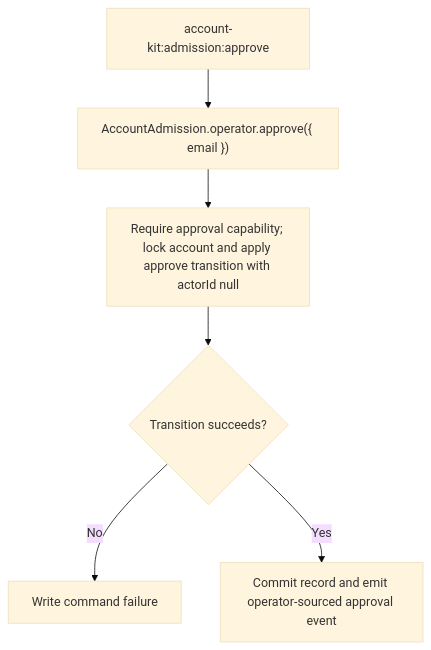
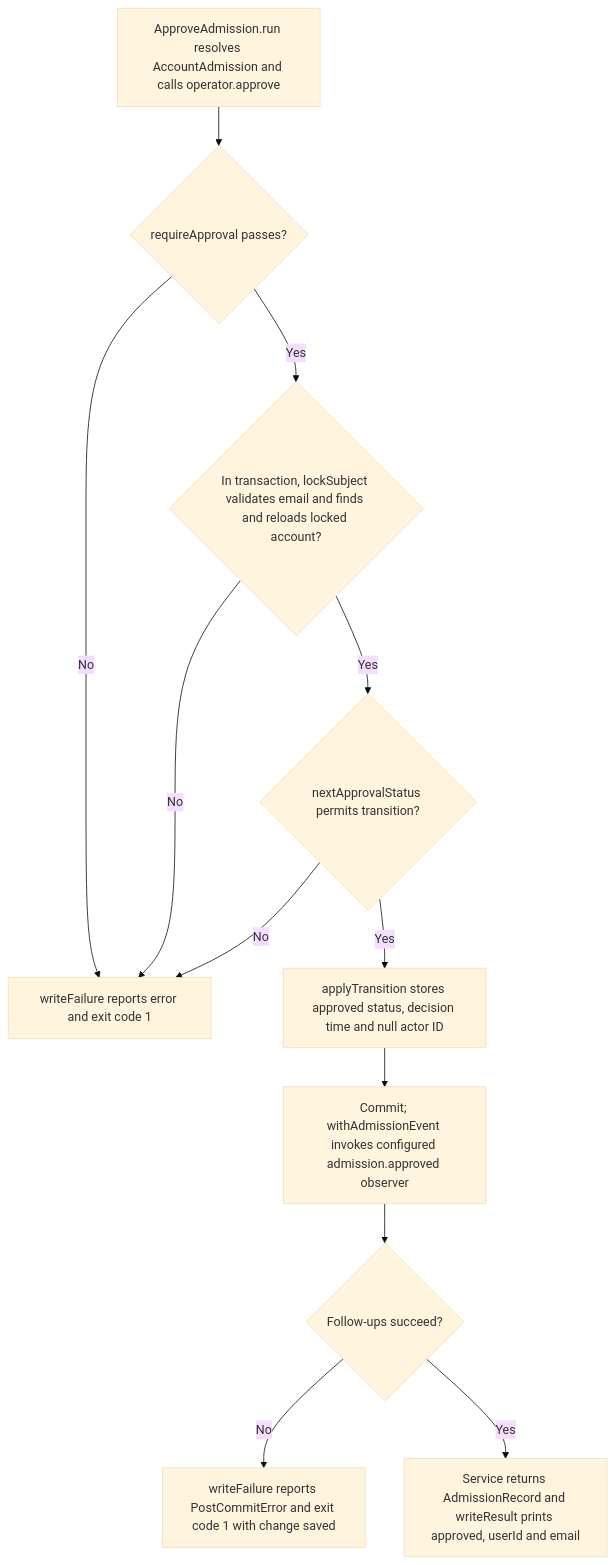
Before and after one commit to Kevinjohn/oss-adonisjs-account-kit: the second of 2 diagrams in user-stories/US-ACCOUNT-49-approve-admission-as-operator.md, drawn with Mermaid (base theme). The commit also changed other lines of this file and 70 other files, not shown here.

Commit message:
Refresh the Account Kit user story catalogue for 0.6.0

````diff
--- a/user-stories/US-ACCOUNT-49-approve-admission-as-operator.md
+++ b/user-stories/US-ACCOUNT-49-approve-admission-as-operator.md
@@ -31,8 +33,14 @@
 ```mermaid
 flowchart TD
- A["account-kit:admission:approve"] --> B["AccountAdmission.operator.approve({ email })"]
- B --> C["Require approval capability; lock account and apply approve transition with actorId null"]
- C --> D{"Transition succeeds?"}
- D -->|No| E["Write command failure"]
- D -->|Yes| F["Commit record and emit operator-sourced approval event"]
+ A["ApproveAdmission.run resolves AccountAdmission and calls operator.approve"] --> B{"requireApproval passes?"}
+ B -->|No| X["writeFailure reports error and exit code 1"]
+ B -->|Yes| C{"In transaction, lockSubject validates email and finds and reloads locked account?"}
+ C -->|No| X
+ C -->|Yes| D{"nextApprovalStatus permits transition?"}
+ D -->|No| X
+ D -->|Yes| E["applyTransition stores approved status, decision time and null actor ID"]
+ E --> F["Commit; withAdmissionEvent invokes configured admission.approved observer"]
+ F --> G{"Follow-ups succeed?"}
+ G -->|No| H["writeFailure reports PostCommitError and exit code 1 with change saved"]
+ G -->|Yes| I["Service returns AdmissionRecord and writeResult prints approved, userId and email"]
 ```
````
